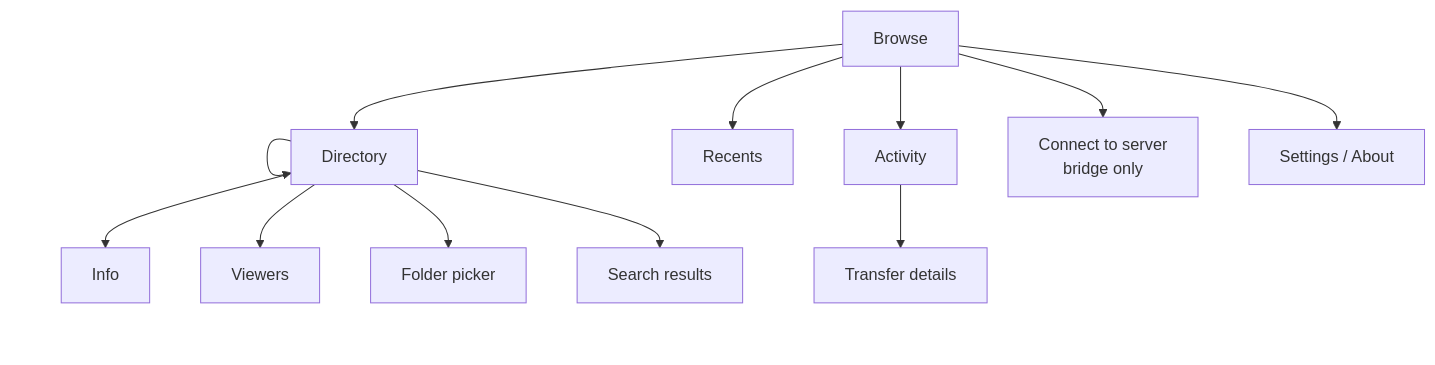
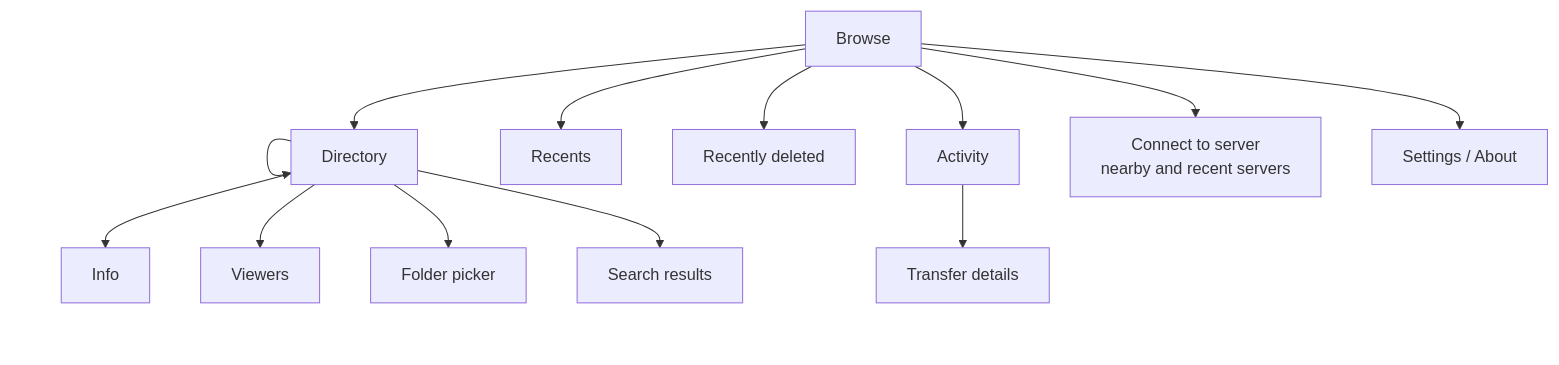
Before and after one commit to muhnschein/lautta: the second of 2 diagrams in doc/SPEC.md, drawn with Mermaid. The commit also changed other lines of this file and 36 other files, not shown here.

````diff
--- a/doc/SPEC.md
+++ b/doc/SPEC.md
@@ -600,14 +605,15 @@
 ```mermaid
 flowchart TD
   B[Browse] --> D[Directory]
   B --> R[Recents]
+  B --> RD[Recently deleted]
   B --> T[Activity]
-  B --> CS[Connect to server<br/>bridge only]
+  B --> CS[Connect to server<br/>nearby and recent servers]
   B --> S[Settings / About]
   D --> D
   D --> I[Info]
   D --> V[Viewers]
   D --> P[Folder picker]
   D --> SR[Search results]
   T --> TD[Transfer details]
 ```
````
